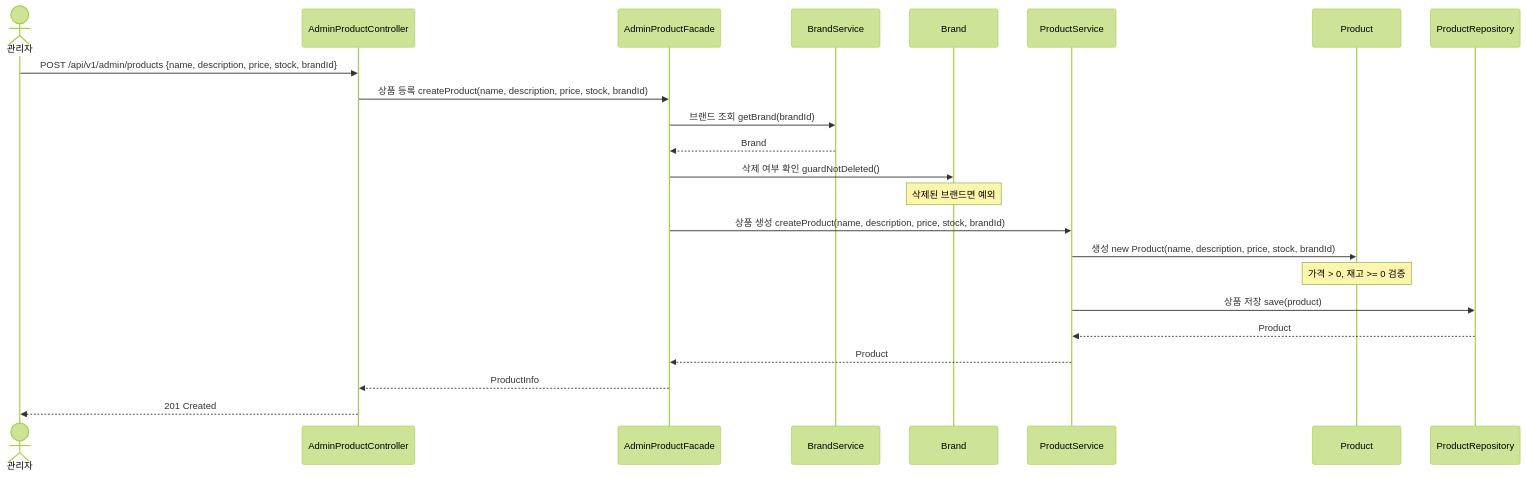
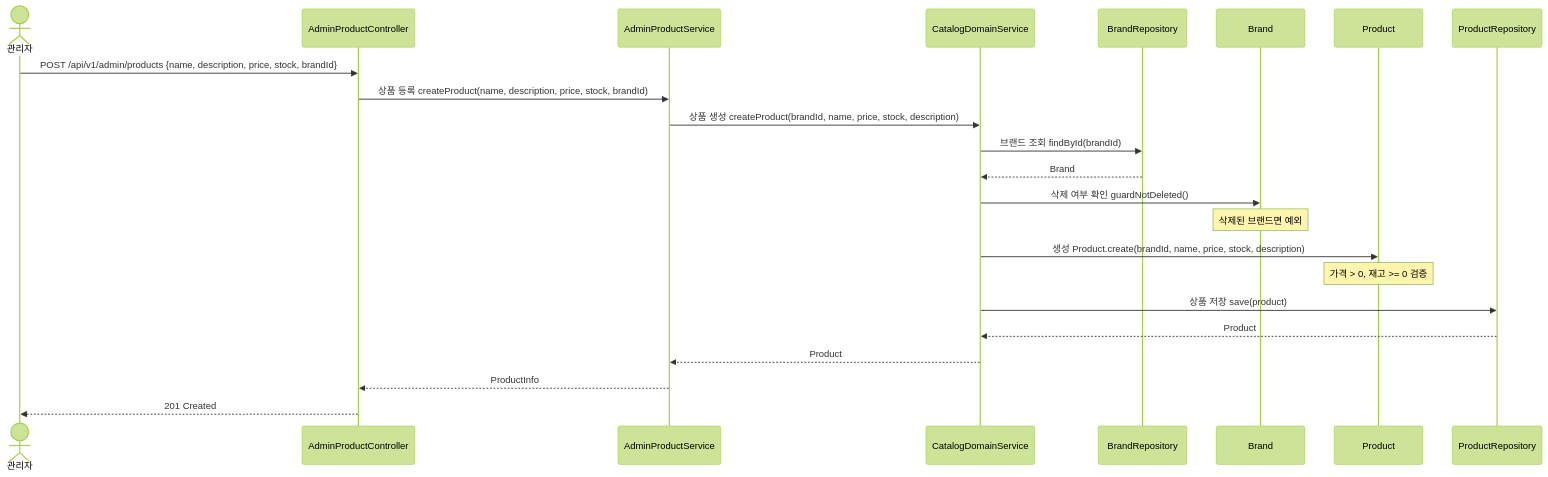
One commit to APapeIsName/loop-pack-be-l2-vol3-java changed diagram 17 of 21 in docs/design/02-sequence-diagrams.md. Above: the diagram before and after it, drawn with Mermaid (forest theme). The commit also changed other lines of this file and 128 other files, not shown here.

````diff
--- a/docs/design/02-sequence-diagrams.md
+++ b/docs/design/02-sequence-diagrams.md
@@ -453,30 +452,30 @@
 ```mermaid
 sequenceDiagram
     actor A as 관리자
     participant C as AdminProductController
-    participant F as AdminProductFacade
-    participant BS as BrandService
+    participant PS as AdminProductService
+    participant CDS as CatalogDomainService
+    participant BR as BrandRepository
     participant B as Brand
-    participant PS as ProductService
     participant P as Product
     participant PR as ProductRepository
 
     A->>C: POST /api/v1/admin/products {name, description, price, stock, brandId}
-    C->>F: 상품 등록 createProduct(name, description, price, stock, brandId)
+    C->>PS: 상품 등록 createProduct(name, description, price, stock, brandId)
 
-    F->>BS: 브랜드 조회 getBrand(brandId)
-    BS-->>F: Brand
+    PS->>CDS: 상품 생성 createProduct(brandId, name, price, stock, description)
+    CDS->>BR: 브랜드 조회 findById(brandId)
+    BR-->>CDS: Brand
 
-    F->>B: 삭제 여부 확인 guardNotDeleted()
+    CDS->>B: 삭제 여부 확인 guardNotDeleted()
     Note over B: 삭제된 브랜드면 예외
 
-    F->>PS: 상품 생성 createProduct(name, description, price, stock, brandId)
-    PS->>P: 생성 new Product(name, description, price, stock, brandId)
+    CDS->>P: 생성 Product.create(brandId, name, price, stock, description)
     Note over P: 가격 > 0, 재고 >= 0 검증
-    PS->>PR: 상품 저장 save(product)
-    PR-->>PS: Product
-    PS-->>F: Product
+    CDS->>PR: 상품 저장 save(product)
+    PR-->>CDS: Product
+    CDS-->>PS: Product
 
-    F-->>C: ProductInfo
+    PS-->>C: ProductInfo
     C-->>A: 201 Created
 ```
````
